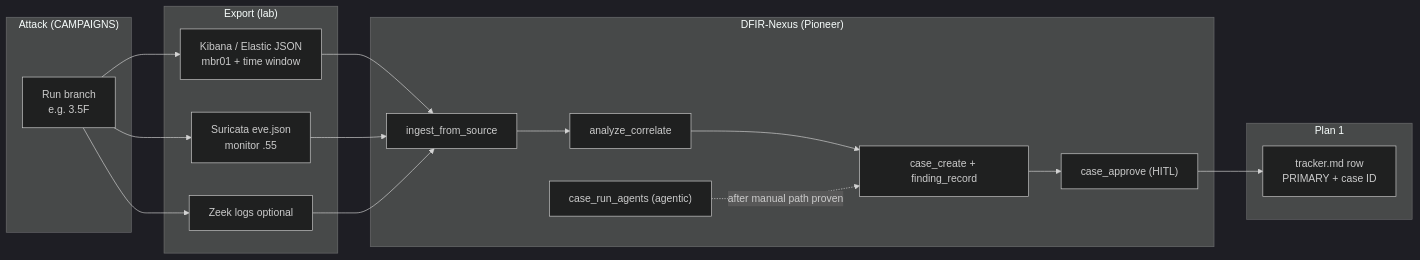
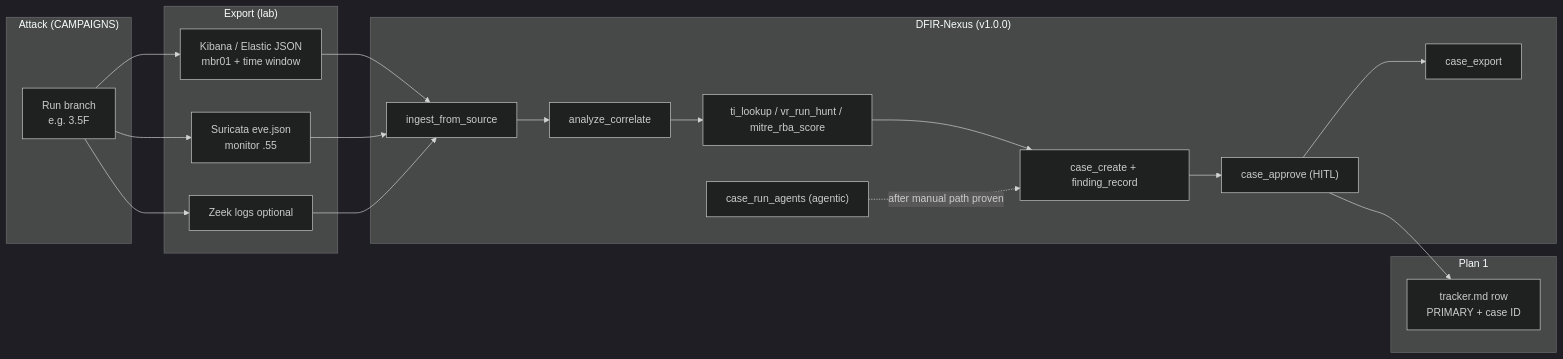
The diagram in attack-matrix/DFIR-Nexus-Pioneer-workflow.md (Ganron007/CADRE), drawn with Mermaid (dark theme) before and after one commit. The commit also changed other lines of this file, not shown here.

````diff
--- a/attack-matrix/DFIR-Nexus-Pioneer-workflow.md
+++ b/attack-matrix/DFIR-Nexus-Pioneer-workflow.md
@@ -48,28 +133,31 @@
 ```mermaid
 flowchart LR
     subgraph ATTACK["Attack (CAMPAIGNS)"]
         A1["Run branch<br/>e.g. 3.5F"]
     end
 
     subgraph EXPORT["Export (lab)"]
         E1["Kibana / Elastic JSON<br/>mbr01 + time window"]
         E2["Suricata eve.json<br/>monitor .55"]
         E3["Zeek logs optional"]
     end
 
-    subgraph DFIR["DFIR-Nexus (Pioneer)"]
+    subgraph DFIR["DFIR-Nexus (v1.0.0)"]
         D1["ingest_from_source"]
         D2["analyze_correlate"]
+        D2b["ti_lookup / vr_run_hunt / mitre_rba_score"]
         D3["case_create + finding_record"]
         D4["case_approve (HITL)"]
         D5["case_run_agents (agentic)"]
+        D6["case_export"]
     end
 
     subgraph TRACK["Plan 1"]
         T1["tracker.md row\nPRIMARY + case ID"]
     end
 
     A1 --> E1 & E2 & E3
-    E1 & E2 & E3 --> D1 --> D2 --> D3 --> D4 --> T1
+    E1 & E2 & E3 --> D1 --> D2 --> D2b --> D3 --> D4 --> T1
+    D4 --> D6
     D5 -.->|after manual path proven| D3
 ```
````
